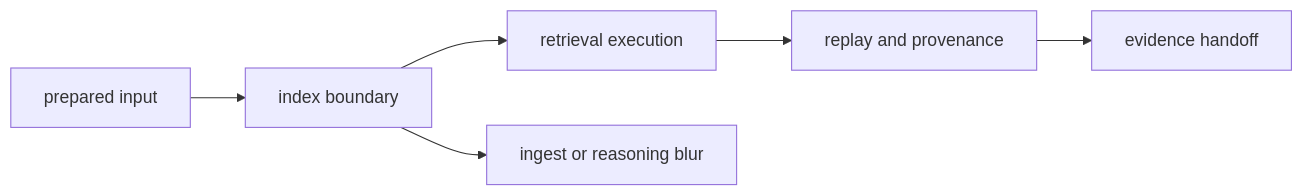
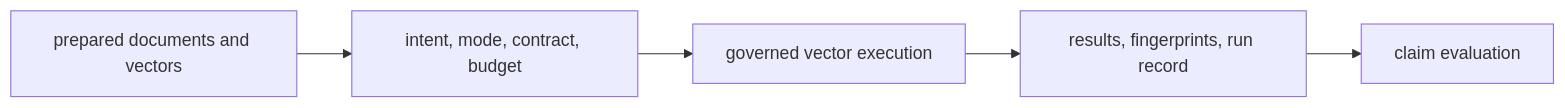
Before and after one commit to bijux/bijux-canon: the diagram in docs/03-bijux-canon-index/foundation/index.md, drawn with Mermaid. The commit also changed other lines of this file and 3 other files, not shown here.

Commit message:
docs(index): define governed retrieval evidence

````diff
--- a/docs/03-bijux-canon-index/foundation/index.md
+++ b/docs/03-bijux-canon-index/foundation/index.md
@@ -16,12 +19,10 @@
 ```mermaid
 flowchart LR
-    prepared["prepared input"]
-    package["index boundary"]
-    retrieval["retrieval execution"]
-    provenance["replay and provenance"]
-    handoff["evidence handoff"]
-    blur["ingest or reasoning blur"]
+    ingest["prepared documents and vectors"]
+    request["intent, mode, contract, budget"]
+    index["governed vector execution"]
+    evidence["results, fingerprints, run record"]
+    reason["claim evaluation"]
 
-    prepared --> package --> retrieval --> provenance --> handoff
-    package --> blur
+    ingest --> request --> index --> evidence --> reason
 ```
````
